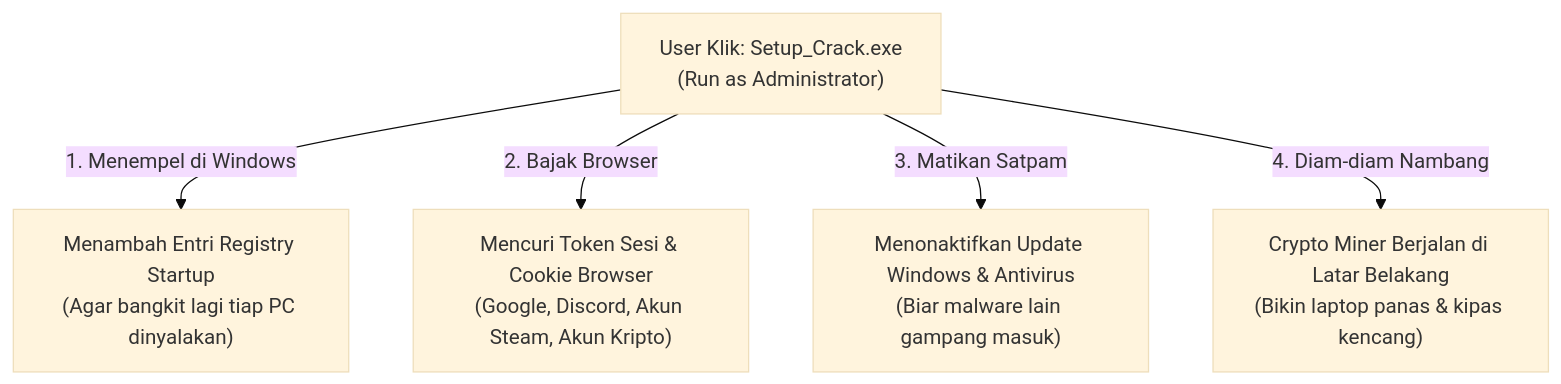
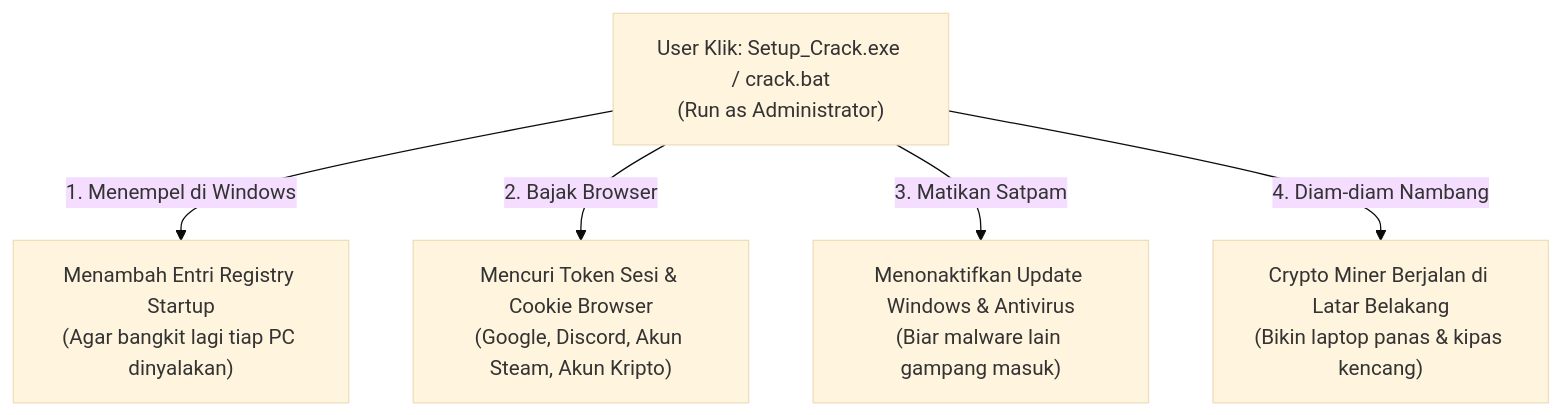
Before and after one commit to aroodoleoon/UKM_CYSEC: the second of 2 diagrams in MATERI_PERTEMUAN_3.md, drawn with Mermaid (base theme). The commit also changed other lines of this file, not shown here.

Commit message:
feat: tambahkan versi windows batch script (.bat) di materi pertemuan 3

````diff
--- a/MATERI_PERTEMUAN_3.md
+++ b/MATERI_PERTEMUAN_3.md
@@ -225,9 +277,9 @@
 ```mermaid
 flowchart TD
-    CRACK["User Klik: Setup_Crack.exe\n(Run as Administrator)"]
+    CRACK["User Klik: Setup_Crack.exe / crack.bat\n(Run as Administrator)"]
     
     CRACK -->|1. Menempel di Windows| REG["Menambah Entri Registry Startup\n(Agar bangkit lagi tiap PC dinyalakan)"]
     CRACK -->|2. Bajak Browser| STEAL["Mencuri Token Sesi & Cookie Browser\n(Google, Discord, Akun Steam, Akun Kripto)"]
     CRACK -->|3. Matikan Satpam| DEF["Menonaktifkan Update Windows & Antivirus\n(Biar malware lain gampang masuk)"]
     CRACK -->|4. Diam-diam Nambang| MINE["Crypto Miner Berjalan di Latar Belakang\n(Bikin laptop panas & kipas kencang)"]
 ```
````
